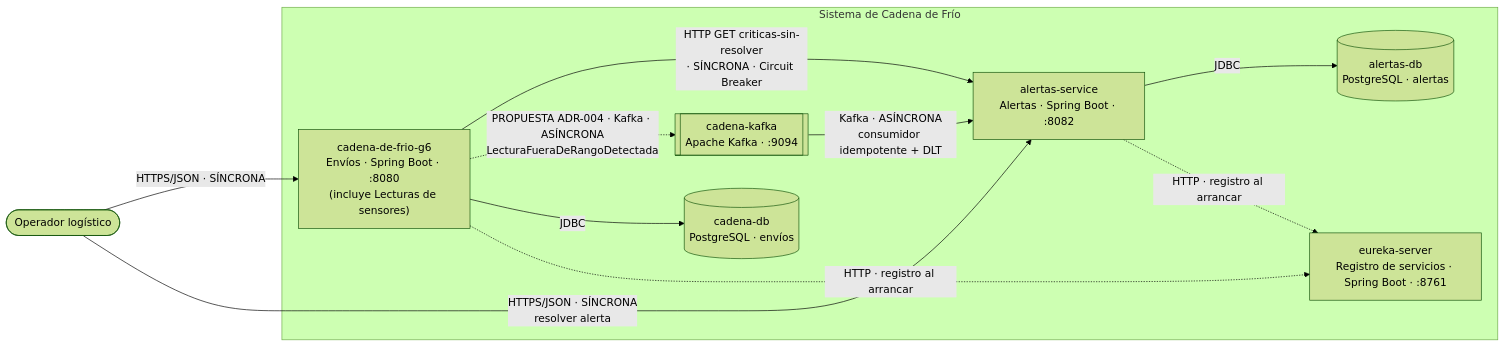
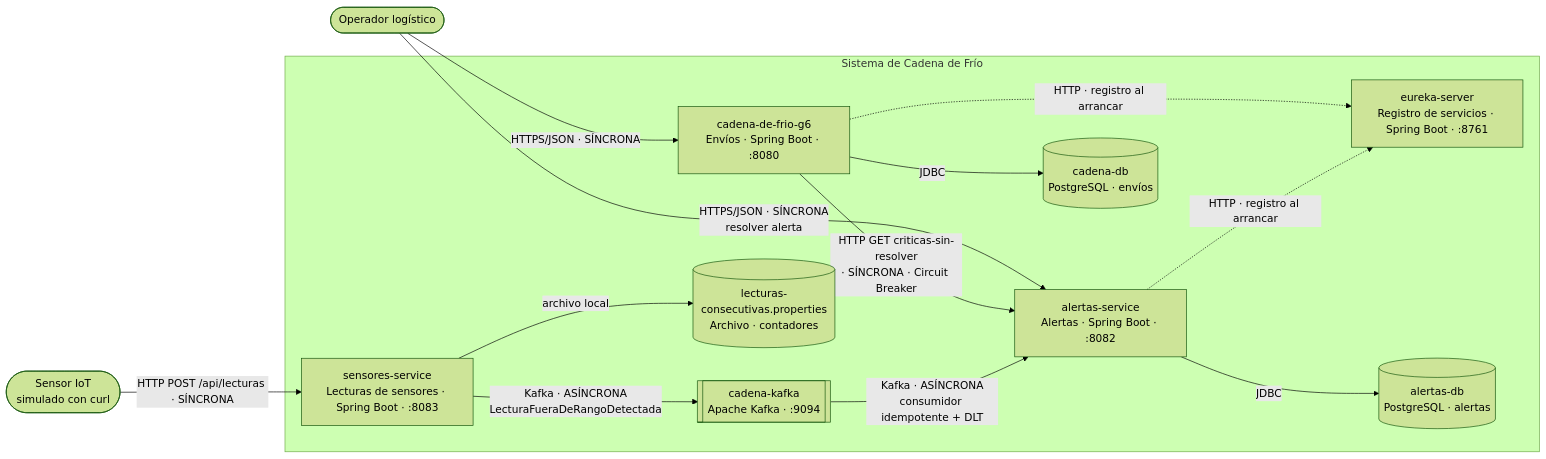
The diagram in Docs/ARQUITECTURA.md (dazasantiago/Proyecto-SWII_Cadena-de-Frio), drawn with Mermaid (forest theme) before and after one commit. The commit also changed other lines of this file and 1 other file, not shown here.

First line of the commit message:
docs: describir sensores-service en la arquitectura y el README (ADR-004 aceptada)

````diff
--- a/Docs/ARQUITECTURA.md
+++ b/Docs/ARQUITECTURA.md
@@ -61,23 +61,28 @@
 ```mermaid
 flowchart LR
     operador([Operador logístico])
+    sensor([Sensor IoT<br/>simulado con curl])
 
     subgraph sistema [Sistema de Cadena de Frío]
-        envios["cadena-de-frio-g6<br/>Envíos · Spring Boot · :8080<br/>(incluye Lecturas de sensores)"]
+        envios["cadena-de-frio-g6<br/>Envíos · Spring Boot · :8080"]
         alertas["alertas-service<br/>Alertas · Spring Boot · :8082"]
+        sensores["sensores-service<br/>Lecturas de sensores · Spring Boot · :8083"]
         eureka["eureka-server<br/>Registro de servicios · Spring Boot · :8761"]
         kafka[["cadena-kafka<br/>Apache Kafka · :9094"]]
         dbEnvios[("cadena-db<br/>PostgreSQL · envíos")]
         dbAlertas[("alertas-db<br/>PostgreSQL · alertas")]
+        contador[("lecturas-consecutivas.properties<br/>Archivo · contadores")]
     end
 
     operador -- "HTTPS/JSON · SÍNCRONA" --> envios
     operador -- "HTTPS/JSON · SÍNCRONA<br/>resolver alerta" --> alertas
+    sensor -- "HTTP POST /api/lecturas · SÍNCRONA" --> sensores
     envios -- "HTTP GET criticas-sin-resolver<br/>· SÍNCRONA · Circuit Breaker" --> alertas
-    envios -.->|"PROPUESTA ADR-004 · Kafka · ASÍNCRONA<br/>LecturaFueraDeRangoDetectada"| kafka
+    sensores -- "Kafka · ASÍNCRONA<br/>LecturaFueraDeRangoDetectada" --> kafka
     kafka -- "Kafka · ASÍNCRONA<br/>consumidor idempotente + DLT" --> alertas
     envios -- "JDBC" --> dbEnvios
     alertas -- "JDBC" --> dbAlertas
+    sensores -- "archivo local" --> contador
     envios -.->|"HTTP · registro al arrancar"| eureka
     alertas -.->|"HTTP · registro al arrancar"| eureka
 ```
````
